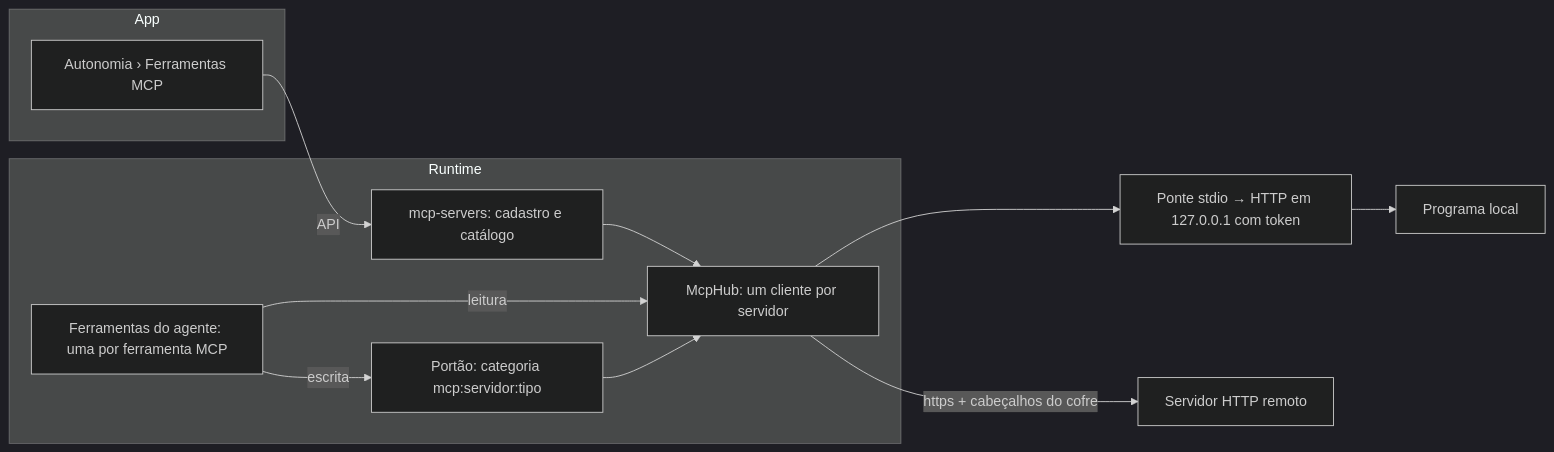
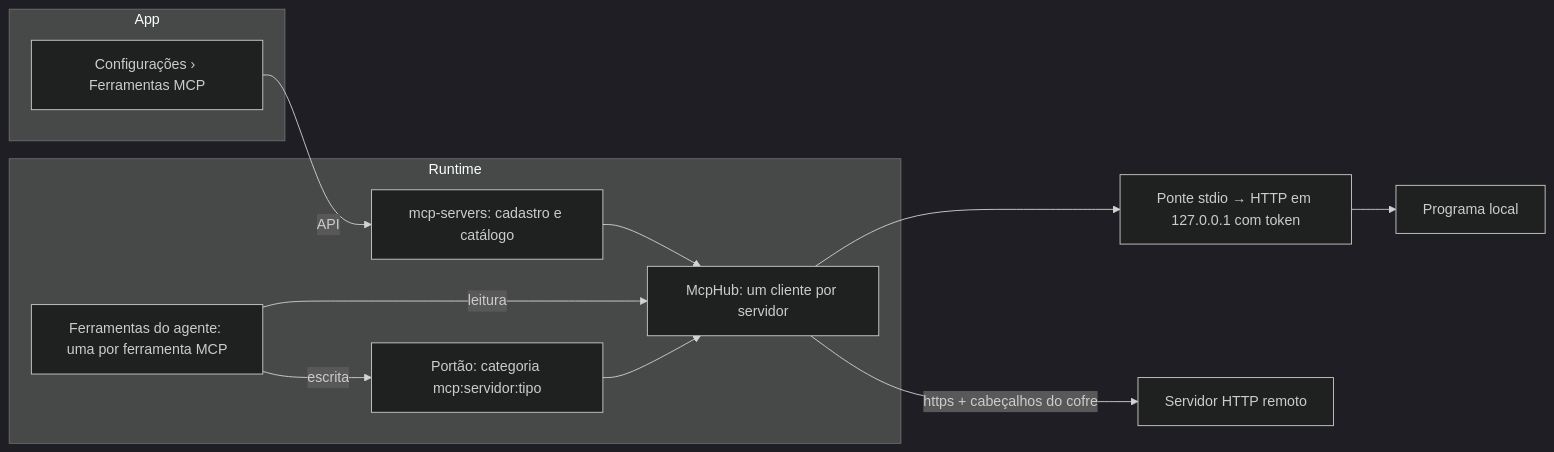
Before and after one commit to arthurparahyba/orbi: the diagram in docs/funcionalidades/20-ferramentas-mcp.md, drawn with Mermaid (dark theme). The commit also changed other lines of this file and 50 other files, not shown here.

First line of the commit message:
Autonomia vira Configurações; Agentes que pedem vira Servidor MCP; menu com grupos claros

````diff
--- a/docs/funcionalidades/20-ferramentas-mcp.md
+++ b/docs/funcionalidades/20-ferramentas-mcp.md
@@ -36,21 +36,21 @@
 ```mermaid
 flowchart LR
   subgraph App
-    A[Autonomia › Ferramentas MCP]
+    A[Configurações › Ferramentas MCP]
   end
   subgraph Runtime
     R[mcp-servers: cadastro e catálogo]
     C[McpHub: um cliente por servidor]
     T[Ferramentas do agente: uma por ferramenta MCP]
     G[Portão: categoria mcp:servidor:tipo]
   end
   B[Ponte stdio → HTTP em 127.0.0.1 com token]
   S1[Servidor HTTP remoto]
   S2[Programa local]
   A -- API --> R
   R --> C
   T -- leitura --> C
   T -- escrita --> G --> C
   C -- https + cabeçalhos do cofre --> S1
   C --> B --> S2
 ```
````
